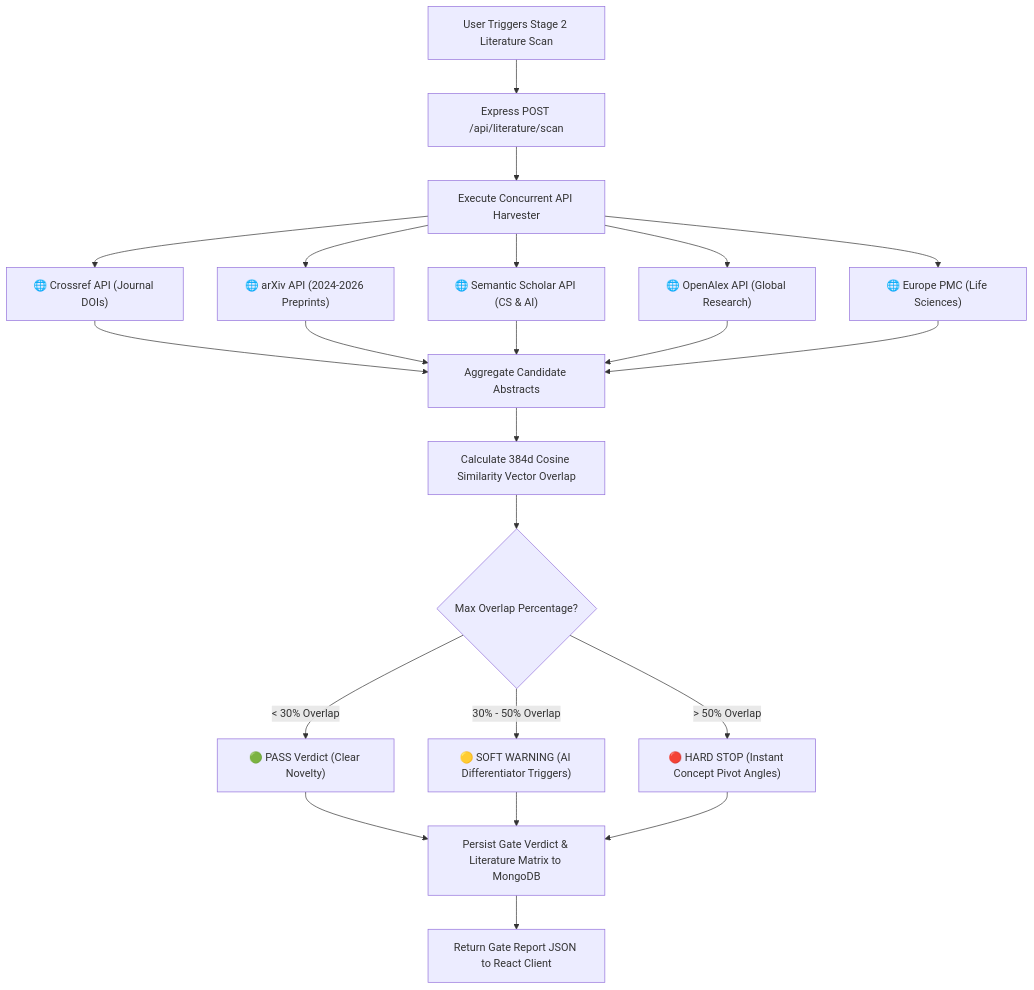
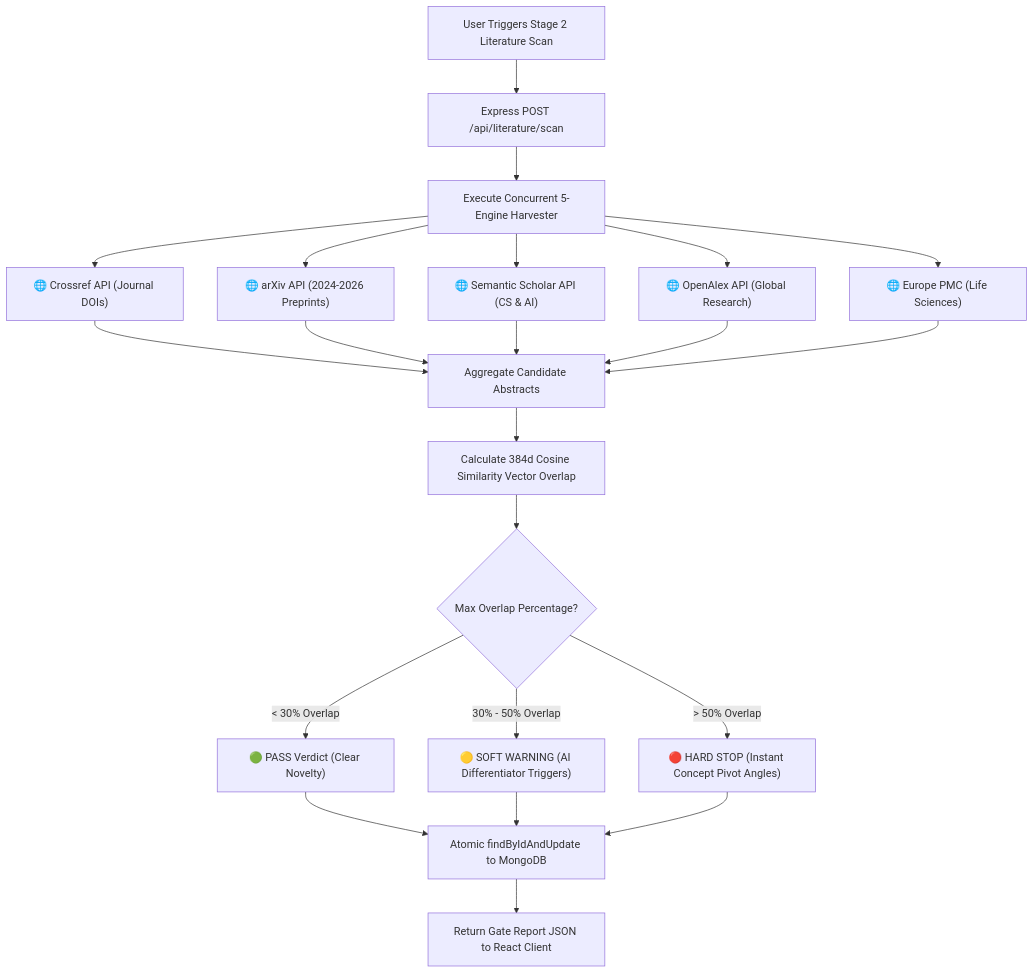
The second of 3 diagrams in ARCHITECTURE.md (jayesh-thar/Researcher-Campus), drawn with Mermaid before and after one commit. The commit also changed other lines of this file and 1 other file, not shown here.

Commit message:
docs: finalize ARCHITECTURE and DEMO walkthrough guides for production release

````diff
--- a/ARCHITECTURE.md
+++ b/ARCHITECTURE.md
@@ -96,22 +75,22 @@
 ```mermaid
 flowchart TD
     Start["User Triggers Stage 2 Literature Scan"] --> Express["Express POST /api/literature/scan"]
-    Express --> ParallelScan["Execute Concurrent API Harvester"]
+    Express --> ParallelScan["Execute Concurrent 5-Engine Harvester"]
     
     ParallelScan --> Crossref["🌐 Crossref API (Journal DOIs)"]
     ParallelScan --> ArXiv["🌐 arXiv API (2024-2026 Preprints)"]
     ParallelScan --> Semantic["🌐 Semantic Scholar API (CS & AI)"]
     ParallelScan --> OpenAlex["🌐 OpenAlex API (Global Research)"]
     ParallelScan --> EuropePMC["🌐 Europe PMC (Life Sciences)"]
 
     Crossref & ArXiv & Semantic & OpenAlex & EuropePMC --> Aggregate["Aggregate Candidate Abstracts"]
     Aggregate --> Cosine["Calculate 384d Cosine Similarity Vector Overlap"]
     
     Cosine --> Thresholds{"Max Overlap Percentage?"}
     Thresholds -- "< 30% Overlap" --> Pass["🟢 PASS Verdict (Clear Novelty)"]
     Thresholds -- "30% - 50% Overlap" --> Warning["🟡 SOFT WARNING (AI Differentiator Triggers)"]
     Thresholds -- "> 50% Overlap" --> Stop["🔴 HARD STOP (Instant Concept Pivot Angles)"]
 
-    Pass & Warning & Stop --> Save["Persist Gate Verdict & Literature Matrix to MongoDB"]
+    Pass & Warning & Stop --> Save["Atomic findByIdAndUpdate to MongoDB"]
     Save --> Response["Return Gate Report JSON to React Client"]
 ```
````
